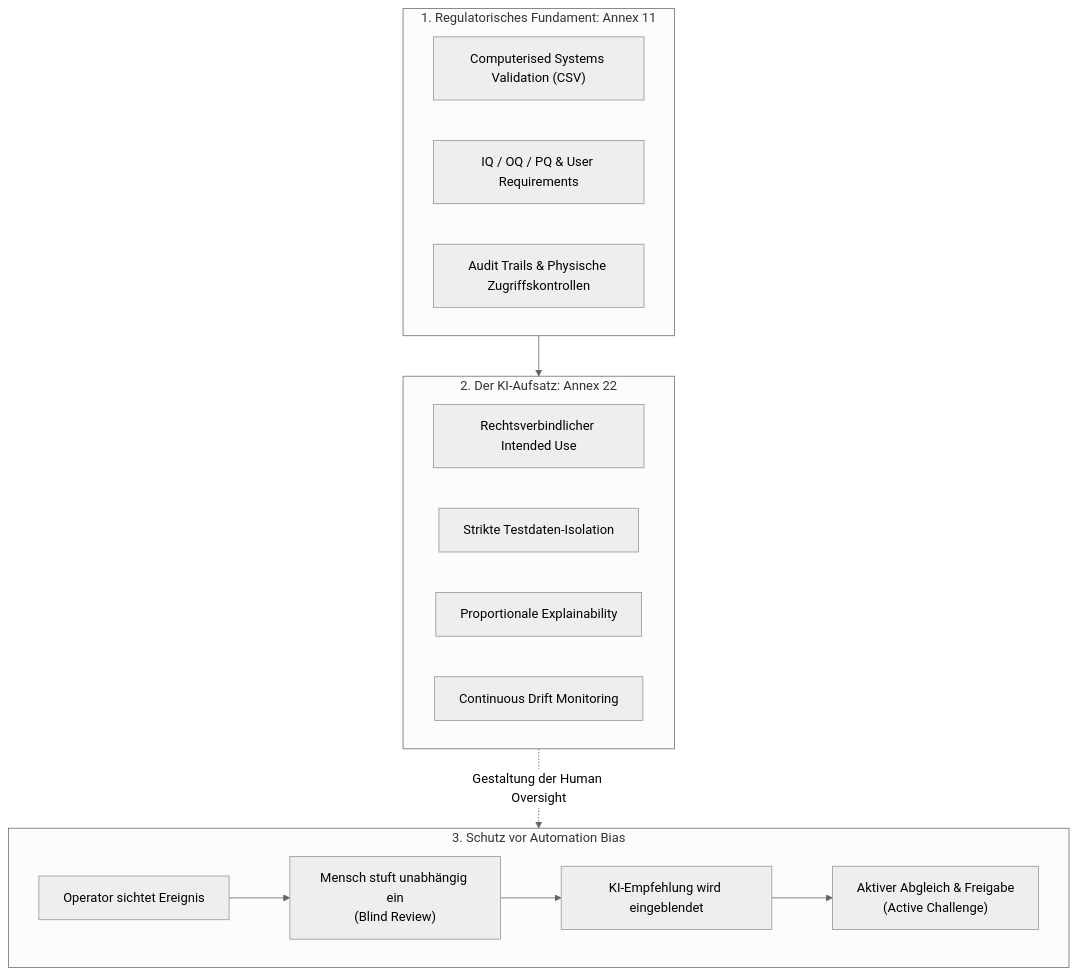
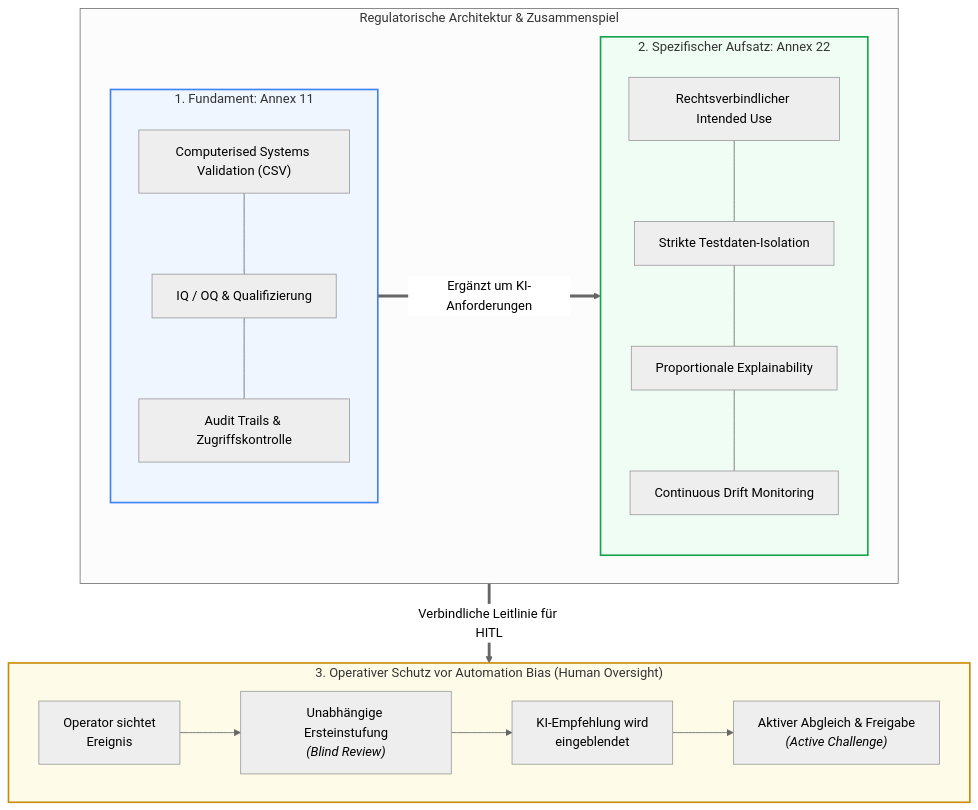
Before and after one commit to Lunaman06/Annex22: the diagram in docs/de/module_02_overview_annex_22.md, drawn with Mermaid (neutral theme). The commit also changed 29 other files, not shown here.

Commit message:
style(docs): optimize mermaid diagram aspect ratios, edge flows and legibility across all DE and EN modules

````diff
--- a/docs/de/module_02_overview_annex_22.md
+++ b/docs/de/module_02_overview_annex_22.md
@@ -13,24 +13,37 @@
 ```mermaid
-graph TD
-    subgraph Foundation["1. Regulatorisches Fundament: Annex 11"]
-        F1["Computerised Systems Validation (CSV)"]
-        F2["IQ / OQ / PQ & User Requirements"]
-        F3["Audit Trails & Physische Zugriffskontrollen"]
+flowchart TD
+    subgraph RegArchitecture["Regulatorische Architektur & Zusammenspiel"]
+        direction LR
+        subgraph Foundation["1. Fundament: Annex 11"]
+            direction TB
+            F1["Computerised Systems Validation (CSV)"]
+            F2["IQ / OQ & Qualifizierung"]
+            F3["Audit Trails & Zugriffskontrolle"]
+            F1 --- F2 --- F3
+        end
+
+        subgraph Annex22["2. Spezifischer Aufsatz: Annex 22"]
+            direction TB
+            A1["Rechtsverbindlicher Intended Use"]
+            A2["Strikte Testdaten-Isolation"]
+            A3["Proportionale Explainability"]
+            A4["Continuous Drift Monitoring"]
+            A1 --- A2 --- A3 --- A4
+        end
+
+        Foundation ==>|"Ergänzt um KI-Anforderungen"| Annex22
     end
 
-    subgraph Annex22["2. Der KI-Aufsatz: Annex 22"]
-        A1["Rechtsverbindlicher Intended Use"]
-        A2["Strikte Testdaten-Isolation"]
-        A3["Proportionale Explainability"]
-        A4["Continuous Drift Monitoring"]
+    subgraph ChallengeLoop["3. Operativer Schutz vor Automation Bias (Human Oversight)"]
+        direction LR
+        C1["Operator sichtet<br/>Ereignis"] --> C2["Unabhängige Ersteinstufung<br/><i>(Blind Review)</i>"]
+        C2 --> C3["KI-Empfehlung wird<br/>eingeblendet"]
+        C3 --> C4["Aktiver Abgleich & Freigabe<br/><i>(Active Challenge)</i>"]
     end
 
-    subgraph ChallengeLoop["3. Schutz vor Automation Bias"]
-        C1["Operator sichtet Ereignis"] --> C2["Mensch stuft unabhängig ein<br/>(Blind Review)"]
-        C2 --> C3["KI-Empfehlung wird eingeblendet"]
-        C3 --> C4["Aktiver Abgleich & Freigabe<br/>(Active Challenge)"]
-    end
+    RegArchitecture ==>|"Verbindliche Leitlinie für HITL"| ChallengeLoop
 
-    Foundation --> Annex22
-    Annex22 -. "Gestaltung der Human Oversight" .-> ChallengeLoop
+    style Foundation fill:#eff6ff,stroke:#3b82f6,stroke-width:2px
+    style Annex22 fill:#f0fdf4,stroke:#16a34a,stroke-width:2px
+    style ChallengeLoop fill:#fefce8,stroke:#ca8a04,stroke-width:2px
 ```
````
